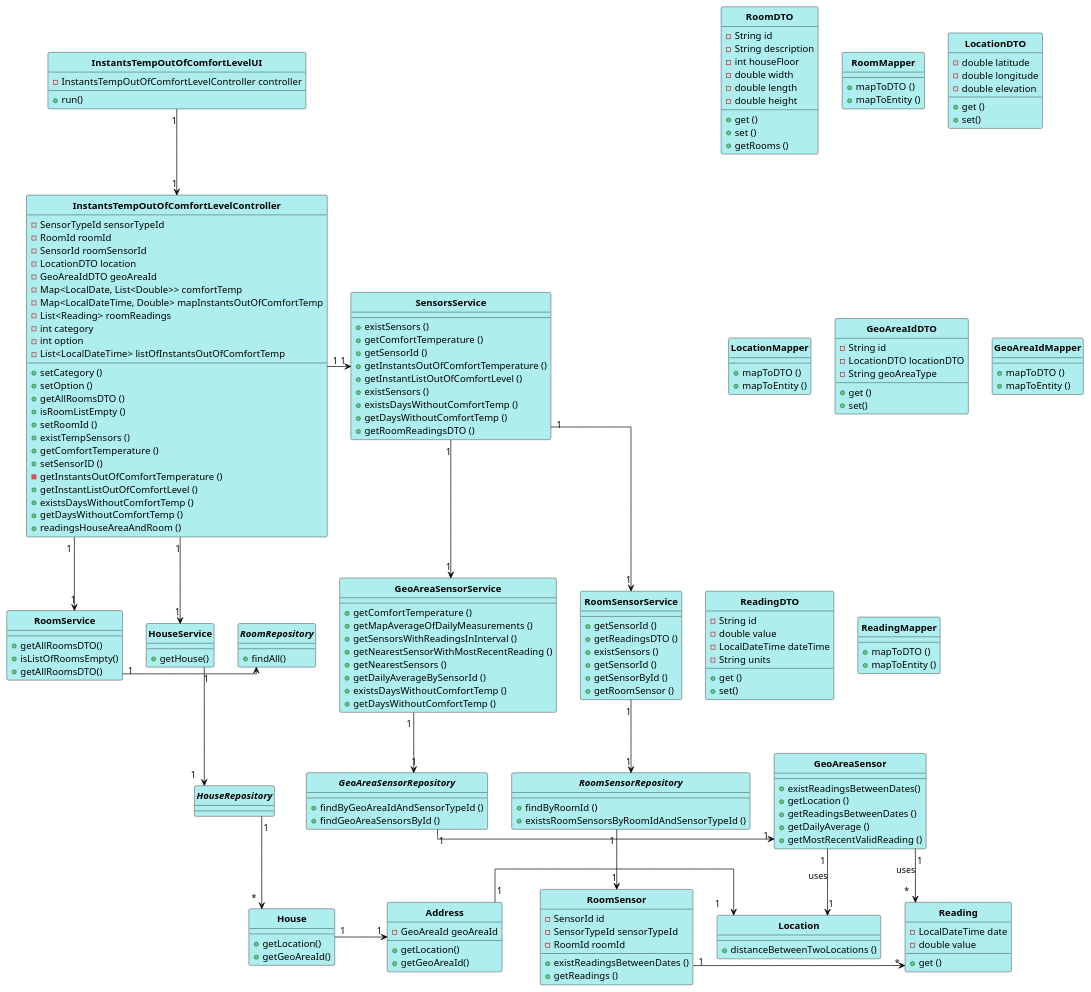
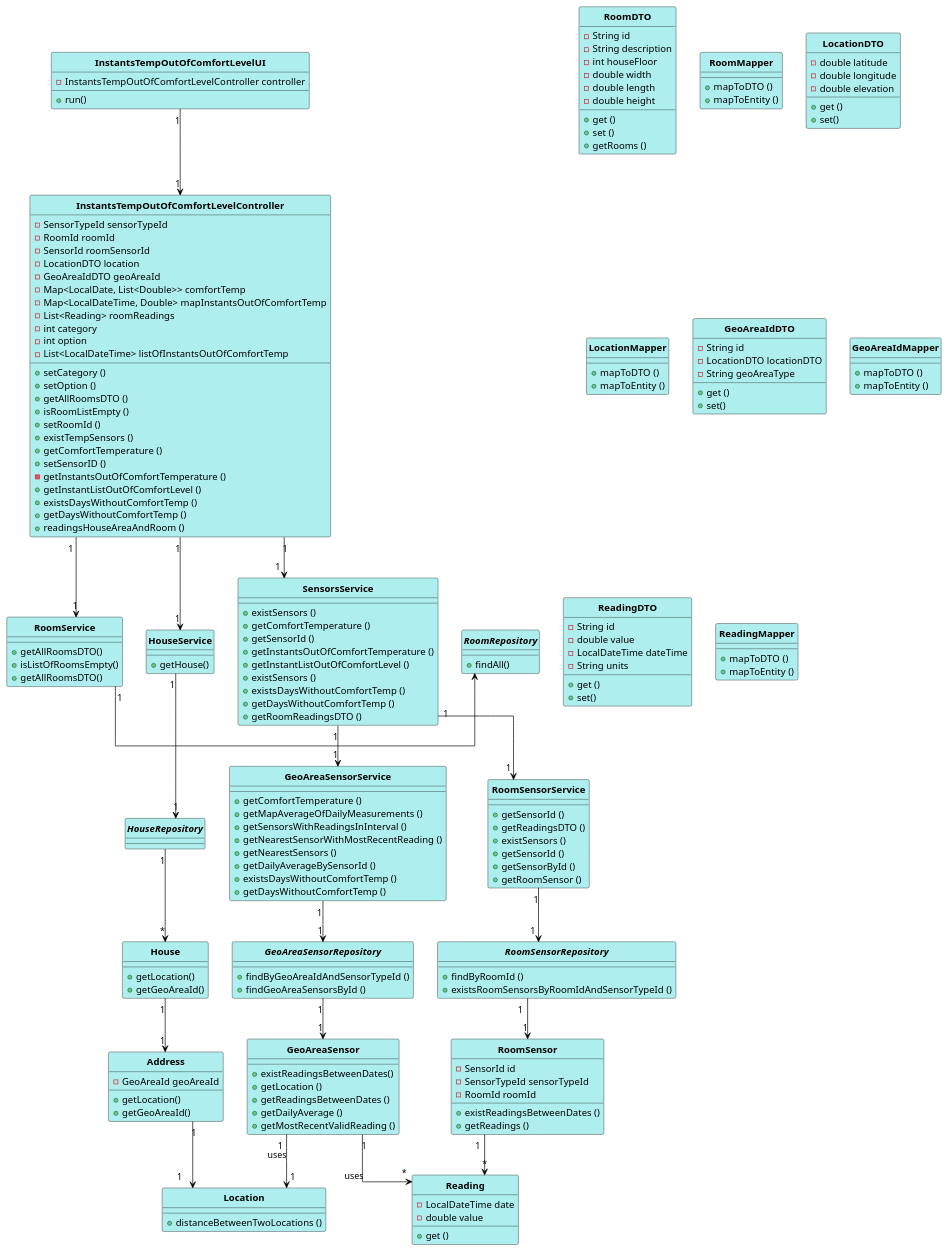
One commit to 1181687/hateoasToy changed the diagram in src/main/java/pt/ipp/isep/dei/project/controllers/instantstempoutofcomfortlevelcontroller/CD_InstantsTempOutOfComfortLevel.puml. Above: the diagram before and after it, drawn with PlantUML. The commit also changed 2 other files, not shown here.

```diff
--- a/src/main/java/pt/ipp/isep/dei/project/controllers/instantstempoutofcomfortlevelcontroller/CD_InstantsTempOutOfComfortLevel.puml
+++ b/src/main/java/pt/ipp/isep/dei/project/controllers/instantstempoutofcomfortlevelcontroller/CD_InstantsTempOutOfComfortLevel.puml
@@ -15,21 +15,21 @@
 InstantsTempOutOfComfortLevelUI "1" --> "1" InstantsTempOutOfComfortLevelController
 InstantsTempOutOfComfortLevelController "1" --> "1" HouseService
 InstantsTempOutOfComfortLevelController "1" --> "1" "RoomService"
-InstantsTempOutOfComfortLevelController "1" -right-> "1" "SensorsService"
+InstantsTempOutOfComfortLevelController "1" --> "1" SensorsService
 SensorsService "1" --> "1" RoomSensorService
 SensorsService "1" --> "1" GeoAreaSensorService
 RoomSensorService "1" --> "1" RoomSensorRepository
-RoomSensorRepository "1" -right-> "1" RoomSensor
-RoomSensor "1" -right-> "*" Reading
+RoomSensorRepository "1" --> "1" RoomSensor
+RoomSensor "1" --> "*" Reading
 GeoAreaSensorService "1" --> "1" GeoAreaSensorRepository
-GeoAreaSensorRepository "1" -right-> "1" GeoAreaSensor
-GeoAreaSensor "1" -down-> "1" Location: uses
-GeoAreaSensor "1" -down-> "*" Reading: uses
-HouseService "1" -right-> "1" HouseRepository
-HouseRepository "1" -right-> "*" House
+GeoAreaSensorRepository "1" --> "1" GeoAreaSensor
+GeoAreaSensor "1" --> "1" Location: uses
+GeoAreaSensor "1" --> "*" Reading: uses
+HouseService "1" --> "1" HouseRepository
+HouseRepository "1" --> "*" House
 RoomService "1" -> RoomRepository
-House "1" -right-> "1" Address
-Address "1" -right-> "1" Location
+House "1" --> "1" Address
+Address "1" --> "1" Location
 
 
 Class InstantsTempOutOfComfortLevelUI {
@@ -64,7 +64,6 @@
 + getDaysWithoutComfortTemp ()
 + readingsHouseAreaAndRoom ()
 }
-
 
 
 Class RoomService {
```
